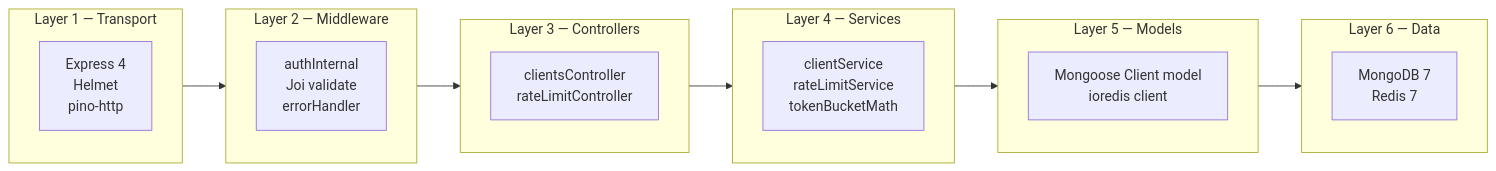
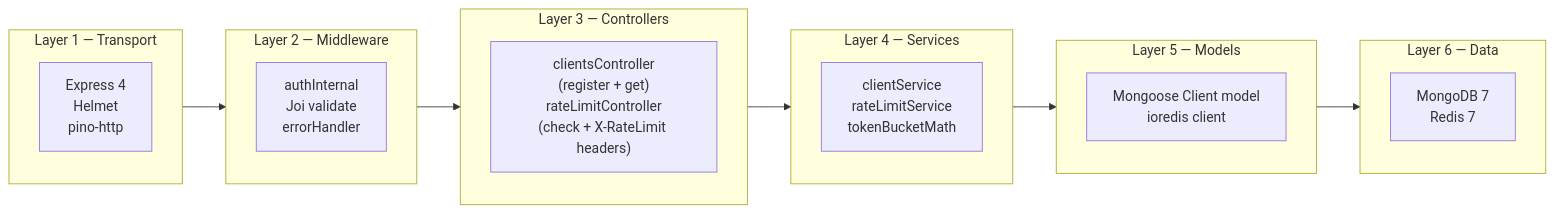
Before and after one commit to ramalokeshreddyp/RateGuard: the third of 17 diagrams in ARCHITECTURE.md, drawn with Mermaid. The commit also changed other lines of this file and 2 other files, not shown here.

Commit message:
docs: comprehensive rewrite of README, ARCHITECTURE, and projectdocumentation (v2.0) - 43 tests, GET /clients/:id, X-RateLimit-* headers, BCRYPT_ROUNDS, ioredis-mock, .dockerignore

````diff
--- a/ARCHITECTURE.md
+++ b/ARCHITECTURE.md
@@ -127,23 +140,23 @@
 ```mermaid
 flowchart LR
     subgraph L1["Layer 1 — Transport"]
         E["Express 4\nHelmet\npino-http"]
     end
     subgraph L2["Layer 2 — Middleware"]
         M["authInternal\nJoi validate\nerrorHandler"]
     end
     subgraph L3["Layer 3 — Controllers"]
-        C["clientsController\nrateLimitController"]
+        C["clientsController\n(register + get)\nrateLimitController\n(check + X-RateLimit headers)"]
     end
     subgraph L4["Layer 4 — Services"]
         S["clientService\nrateLimitService\ntokenBucketMath"]
     end
     subgraph L5["Layer 5 — Models"]
         D["Mongoose Client model\nioredis client"]
     end
     subgraph L6["Layer 6 — Data"]
         DB["MongoDB 7\nRedis 7"]
     end
 
     L1 --> L2 --> L3 --> L4 --> L5 --> L6
 ```
````
